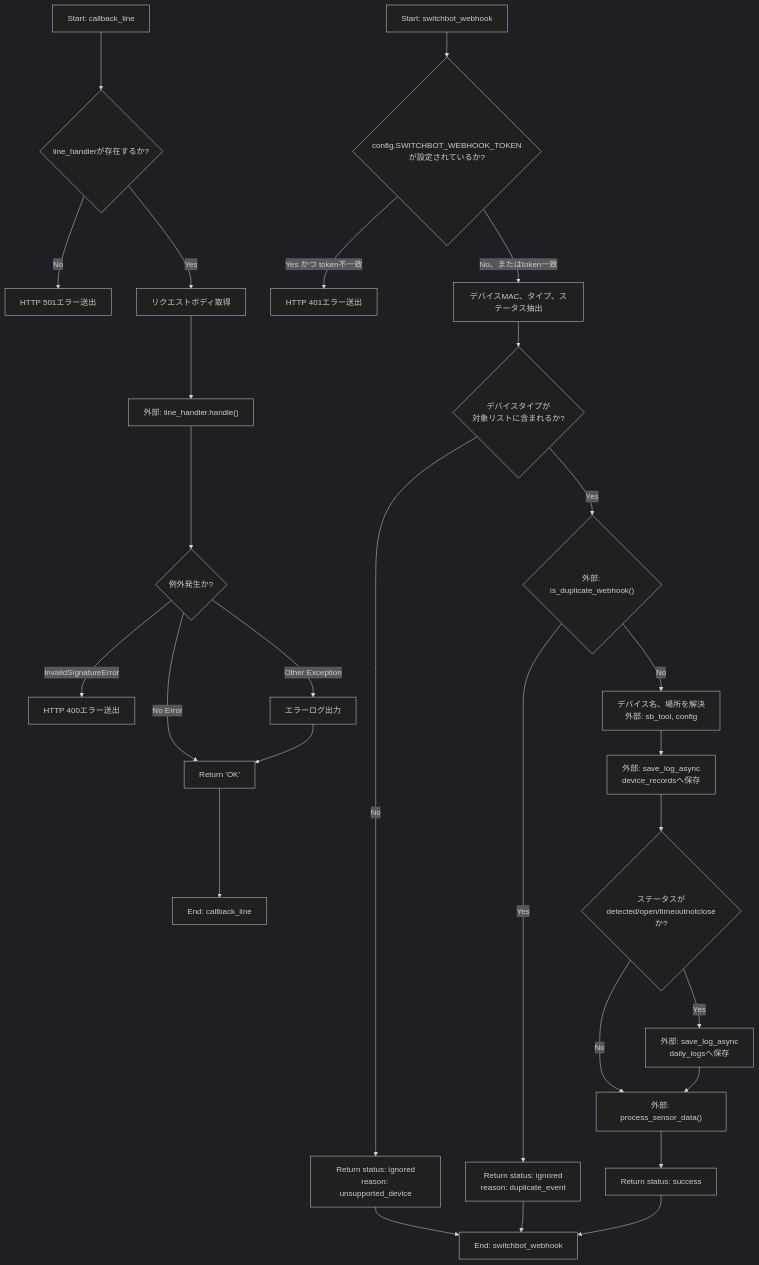
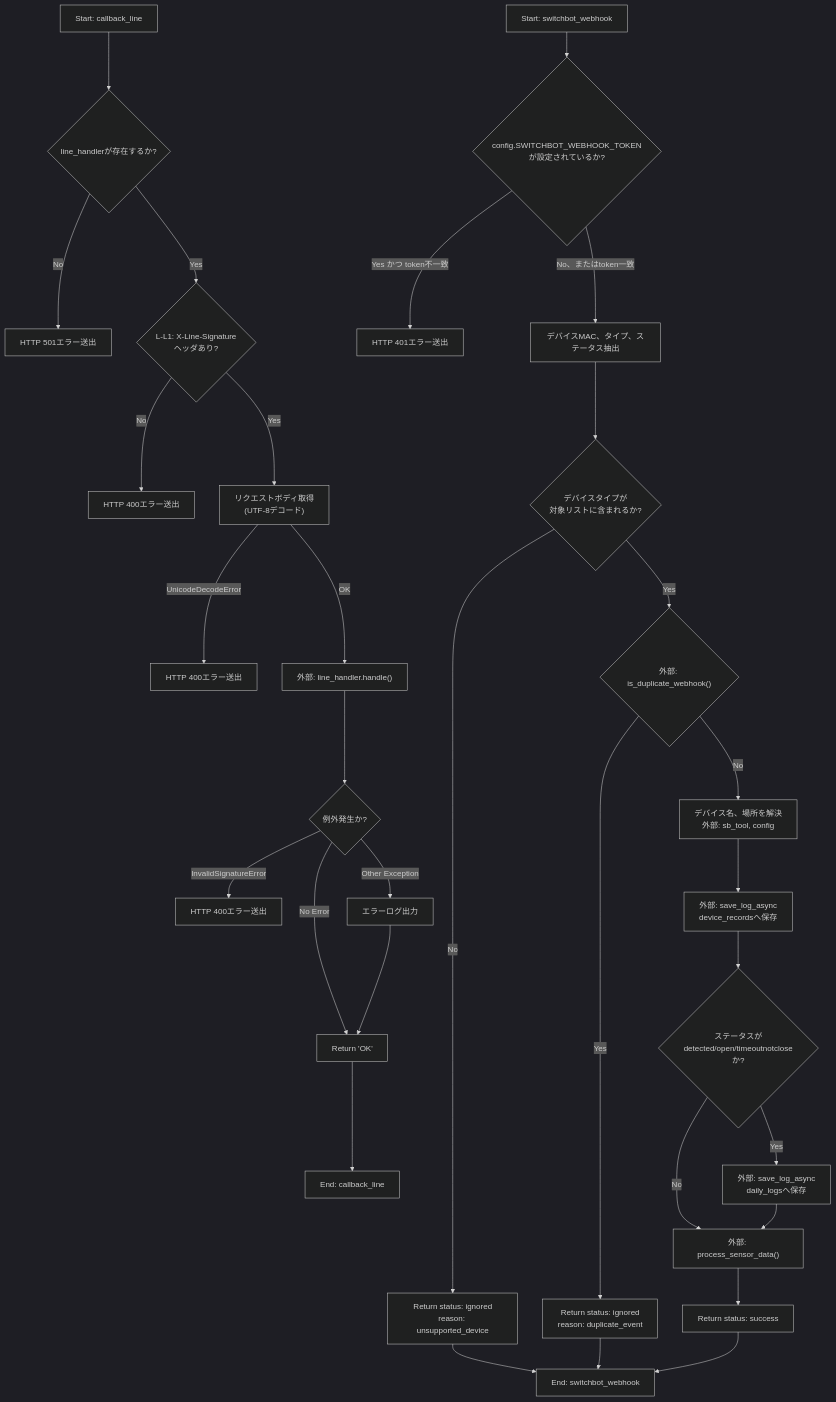
Before and after one commit to mmtigers/my_python_project: the first of 2 diagrams in docs/specifications/MY_HOME_SYSTEM/webhook_router.md, drawn with Mermaid (dark theme). The commit also changed other lines of this file and 211 other files, not shown here.

````diff
--- a/docs/specifications/MY_HOME_SYSTEM/webhook_router.md
+++ b/docs/specifications/MY_HOME_SYSTEM/webhook_router.md
@@ -134,35 +136,38 @@
 ```mermaid
 flowchart TD
     %% callback_lineのフロー
     StartLine["Start: callback_line"] --> CheckConfig{"line_handlerが存在するか?"}
     CheckConfig -->|"No"| Raise501["HTTP 501エラー送出"]
-    CheckConfig -->|"Yes"| GetBody["リクエストボディ取得"]
-    GetBody --> CallHandle["外部: line_handler.handle()"]
+    CheckConfig -->|"Yes"| CheckSig{"L-L1: X-Line-Signature<br>ヘッダあり?"}
+    CheckSig -->|"No"| Raise400Sig["HTTP 400エラー送出"]
+    CheckSig -->|"Yes"| GetBody["リクエストボディ取得<br>(UTF-8デコード)"]
+    GetBody -->|"UnicodeDecodeError"| Raise400Body["HTTP 400エラー送出"]
+    GetBody -->|"OK"| CallHandle["外部: line_handler.handle()"]
     CallHandle --> CheckError{"例外発生か?"}
     CheckError -->|"InvalidSignatureError"| Raise400["HTTP 400エラー送出"]
     CheckError -->|"Other Exception"| LogError["エラーログ出力"]
     CheckError -->|"No Error"| ReturnOK["Return 'OK'"]
     LogError --> ReturnOK
     ReturnOK --> EndLine["End: callback_line"]
 
     %% switchbot_webhookのフロー
     StartSB["Start: switchbot_webhook"] --> CheckToken{"config.SWITCHBOT_WEBHOOK_TOKEN<br>が設定されているか?"}
     CheckToken -->|"Yes かつ token不一致"| Raise401["HTTP 401エラー送出"]
     CheckToken -->|"No、またはtoken一致"| ExtractBody["デバイスMAC、タイプ、ステータス抽出"]
     ExtractBody --> CheckDeviceType{"デバイスタイプが<br>対象リストに含まれるか?"}
     CheckDeviceType -->|"No"| ReturnIgnored1["Return status: ignored<br>reason: unsupported_device"]
     CheckDeviceType -->|"Yes"| CheckDuplicate{"外部: is_duplicate_webhook()"}
     CheckDuplicate -->|"Yes"| ReturnIgnored2["Return status: ignored<br>reason: duplicate_event"]
     CheckDuplicate -->|"No"| ResolveDeviceInfo["デバイス名、場所を解決<br>外部: sb_tool, config"]
     ResolveDeviceInfo --> SaveLog1["外部: save_log_async<br>device_recordsへ保存"]
     SaveLog1 --> CheckState{"ステータスが<br>detected/open/timeoutnotcloseか?"}
     CheckState -->|"Yes"| SaveLog2["外部: save_log_async<br>daily_logsへ保存"]
     CheckState -->|"No"| CallSensorService["外部: process_sensor_data()"]
     SaveLog2 --> CallSensorService
     CallSensorService --> ReturnSuccess["Return status: success"]
     
     ReturnIgnored1 --> EndSB["End: switchbot_webhook"]
     ReturnIgnored2 --> EndSB
     ReturnSuccess --> EndSB
 
 ```
````
